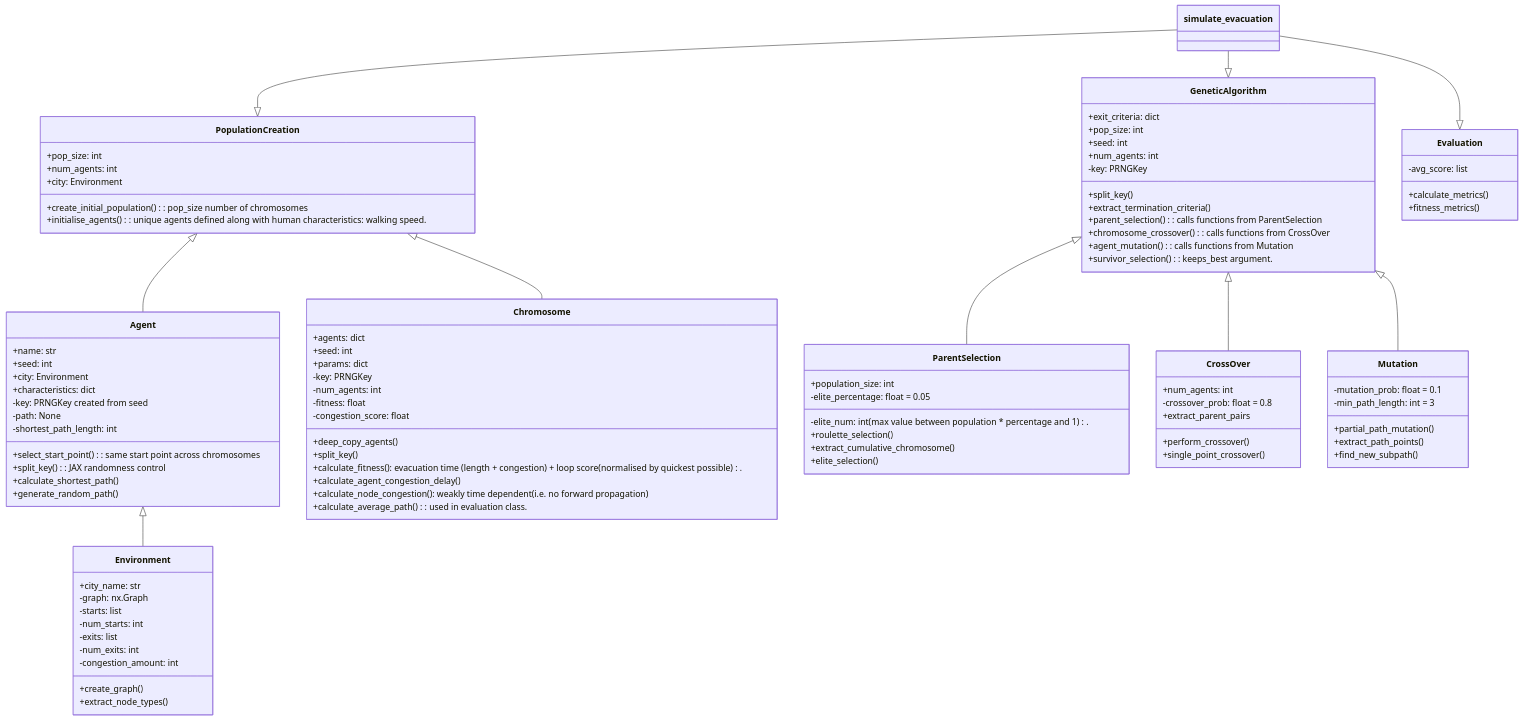
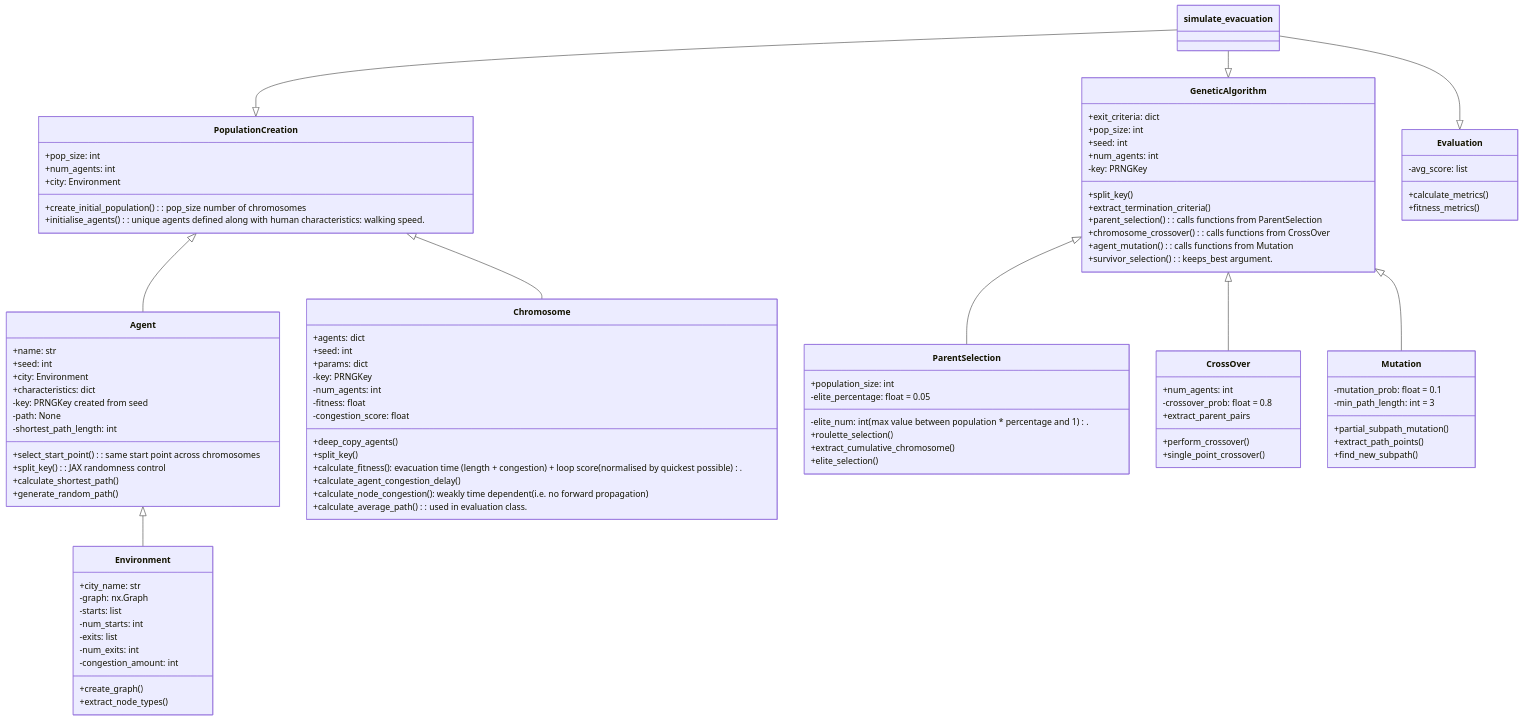
One commit to lpow311/dissertation changed the diagram in class_structure.md. Above: the diagram before and after it, drawn with Mermaid. The commit also changed 5 other files, not shown here.

```diff
--- a/class_structure.md
+++ b/class_structure.md
@@ -86,7 +86,7 @@
     class Mutation {
         -mutation_prob: float = 0.1
         -min_path_length: int = 3
-        +partial_path_mutation()
+        +partial_subpath_mutation()
         +extract_path_points()
         +find_new_subpath()
     }
```
